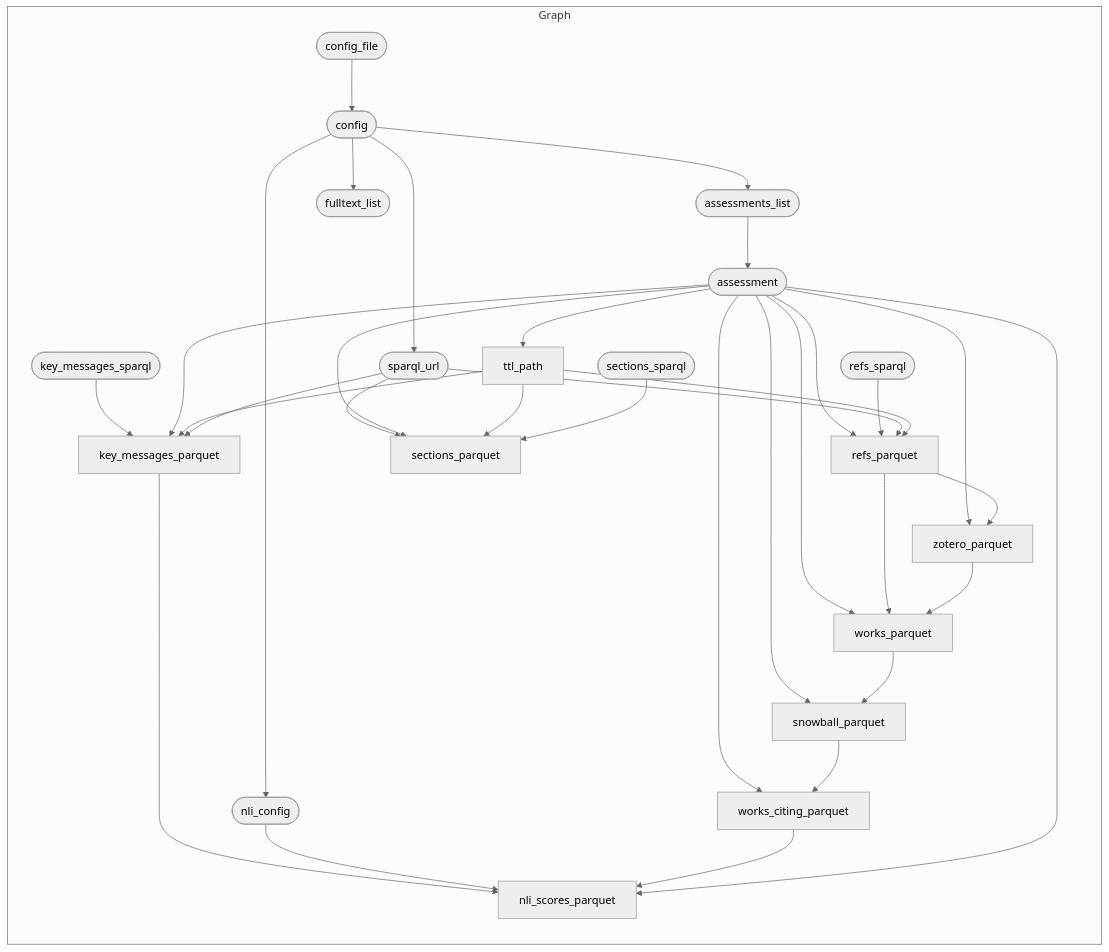
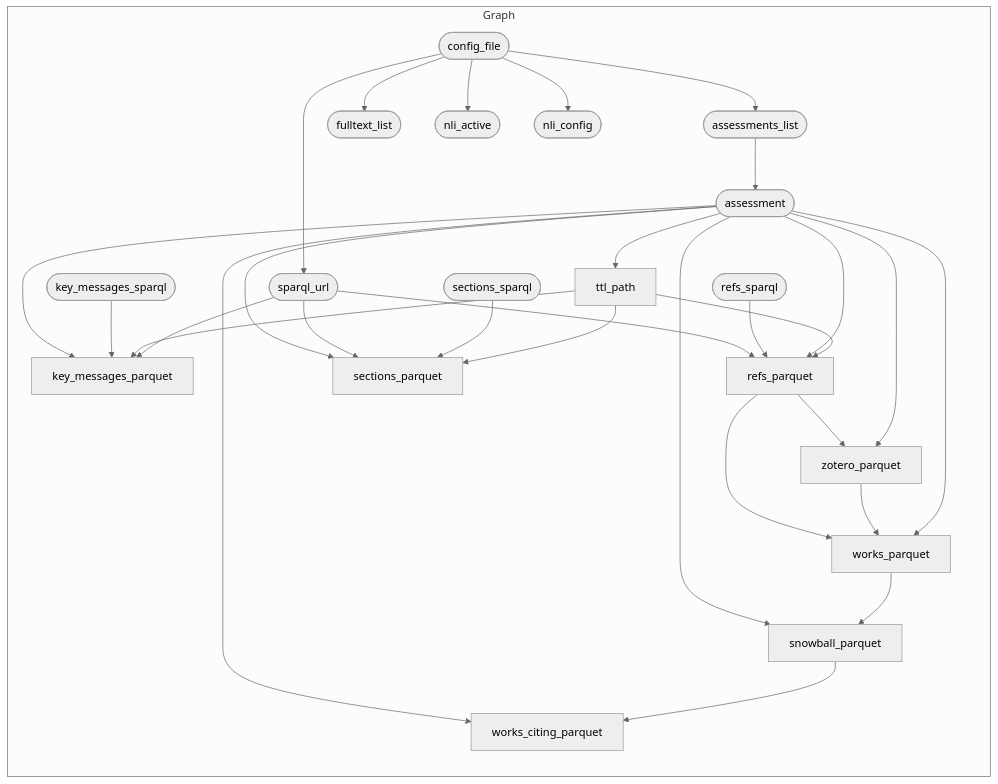
One commit to IPBES-Data/IPBES_BM_Fact_Checker changed the diagram in input/mmd/pipeline_nli.mmd. Above: the diagram before and after it, drawn with Mermaid (neutral theme). The commit also changed 39 other files, not shown here.

```diff
--- a/input/mmd/pipeline_nli.mmd
+++ b/input/mmd/pipeline_nli.mmd
@@ -1,37 +1,33 @@
 graph TD
   subgraph Graph
     direction TD
     xf8f6f156e3c3b679(["assessments_list"]) --> x7096e63b1af7fc2e(["assessment"])
-    x20aa1e7dd2a106e5(["config"]) --> xf8f6f156e3c3b679(["assessments_list"])
-    x9909b451a6a56060(["config_file"]) --> x20aa1e7dd2a106e5(["config"])
-    x20aa1e7dd2a106e5(["config"]) --> x8a0deb79ae55ae78(["fulltext_list"])
+    x9909b451a6a56060(["config_file"]) --> xf8f6f156e3c3b679(["assessments_list"])
+    x9909b451a6a56060(["config_file"]) --> x8a0deb79ae55ae78(["fulltext_list"])
+    x7096e63b1af7fc2e(["assessment"]) --> x1b5c1cdf9ba064e4["key_messages_parquet"]
     x71e70b33567e8c77(["key_messages_sparql"]) --> x1b5c1cdf9ba064e4["key_messages_parquet"]
-    x7096e63b1af7fc2e(["assessment"]) --> x1b5c1cdf9ba064e4["key_messages_parquet"]
     xda2ef7d9d7074388["ttl_path"] --> x1b5c1cdf9ba064e4["key_messages_parquet"]
     xcae032f895dcdbee(["sparql_url"]) --> x1b5c1cdf9ba064e4["key_messages_parquet"]
-    x20aa1e7dd2a106e5(["config"]) --> xc1390bdb2b35a1c0(["nli_config"])
-    x1b5c1cdf9ba064e4["key_messages_parquet"] --> x3015a9149aaf3008["nli_scores_parquet"]
-    xc1390bdb2b35a1c0(["nli_config"]) --> x3015a9149aaf3008["nli_scores_parquet"]
-    x6bd40d1623e4b2a6["works_citing_parquet"] --> x3015a9149aaf3008["nli_scores_parquet"]
-    x7096e63b1af7fc2e(["assessment"]) --> x3015a9149aaf3008["nli_scores_parquet"]
+    x9909b451a6a56060(["config_file"]) --> xdaa9eaf14bf7d9fb(["nli_active"])
+    x9909b451a6a56060(["config_file"]) --> xc1390bdb2b35a1c0(["nli_config"])
+    xcae032f895dcdbee(["sparql_url"]) --> x4c5608b5b57c599b["refs_parquet"]
+    xf258716a437e6a24(["refs_sparql"]) --> x4c5608b5b57c599b["refs_parquet"]
     x7096e63b1af7fc2e(["assessment"]) --> x4c5608b5b57c599b["refs_parquet"]
-    xf258716a437e6a24(["refs_sparql"]) --> x4c5608b5b57c599b["refs_parquet"]
-    xcae032f895dcdbee(["sparql_url"]) --> x4c5608b5b57c599b["refs_parquet"]
     xda2ef7d9d7074388["ttl_path"] --> x4c5608b5b57c599b["refs_parquet"]
+    x7096e63b1af7fc2e(["assessment"]) --> xc27197d40d6acf57["sections_parquet"]
     xcae032f895dcdbee(["sparql_url"]) --> xc27197d40d6acf57["sections_parquet"]
-    x7096e63b1af7fc2e(["assessment"]) --> xc27197d40d6acf57["sections_parquet"]
+    xbaf7d5ee2a70bea4(["sections_sparql"]) --> xc27197d40d6acf57["sections_parquet"]
     xda2ef7d9d7074388["ttl_path"] --> xc27197d40d6acf57["sections_parquet"]
-    xbaf7d5ee2a70bea4(["sections_sparql"]) --> xc27197d40d6acf57["sections_parquet"]
     x7096e63b1af7fc2e(["assessment"]) --> xdb22778f9ff9b079["snowball_parquet"]
     x31e4fc98a3c6921c["works_parquet"] --> xdb22778f9ff9b079["snowball_parquet"]
-    x20aa1e7dd2a106e5(["config"]) --> xcae032f895dcdbee(["sparql_url"])
+    x9909b451a6a56060(["config_file"]) --> xcae032f895dcdbee(["sparql_url"])
     x7096e63b1af7fc2e(["assessment"]) --> xda2ef7d9d7074388["ttl_path"]
     x7096e63b1af7fc2e(["assessment"]) --> x6bd40d1623e4b2a6["works_citing_parquet"]
     xdb22778f9ff9b079["snowball_parquet"] --> x6bd40d1623e4b2a6["works_citing_parquet"]
-    x7096e63b1af7fc2e(["assessment"]) --> x31e4fc98a3c6921c["works_parquet"]
     x4c5608b5b57c599b["refs_parquet"] --> x31e4fc98a3c6921c["works_parquet"]
     xe6d26d705b0e239b["zotero_parquet"] --> x31e4fc98a3c6921c["works_parquet"]
+    x7096e63b1af7fc2e(["assessment"]) --> x31e4fc98a3c6921c["works_parquet"]
+    x4c5608b5b57c599b["refs_parquet"] --> xe6d26d705b0e239b["zotero_parquet"]
     x7096e63b1af7fc2e(["assessment"]) --> xe6d26d705b0e239b["zotero_parquet"]
-    x4c5608b5b57c599b["refs_parquet"] --> xe6d26d705b0e239b["zotero_parquet"]
     
   end
```
